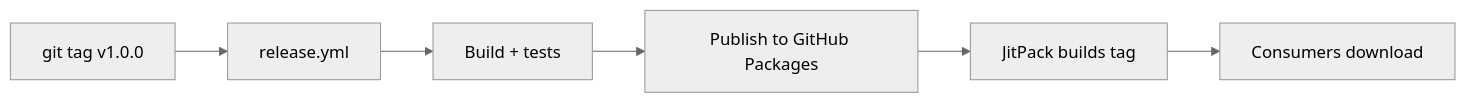
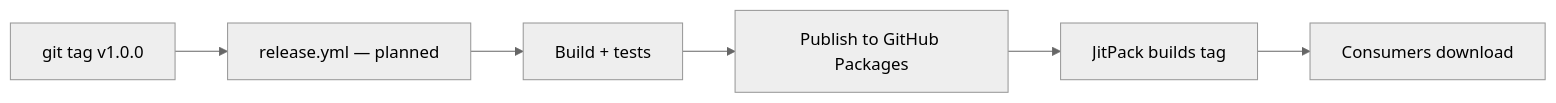
Before and after one commit to prmiguel/testng-live-reporter: the fourth of 4 diagrams in README.md, drawn with Mermaid (neutral theme). The commit also changed other lines of this file and 7 other files, not shown here.

````diff
--- a/README.md
+++ b/README.md
@@ -472,8 +473,8 @@
 ```mermaid
 flowchart LR
-    A[git tag v1.0.0] --> B[release.yml]
+    A[git tag v1.0.0] --> B[release.yml — planned]
     B --> C[Build + tests]
     C --> D[Publish to GitHub Packages]
     D --> E[JitPack builds tag]
     E --> F[Consumers download]
 ```
````
